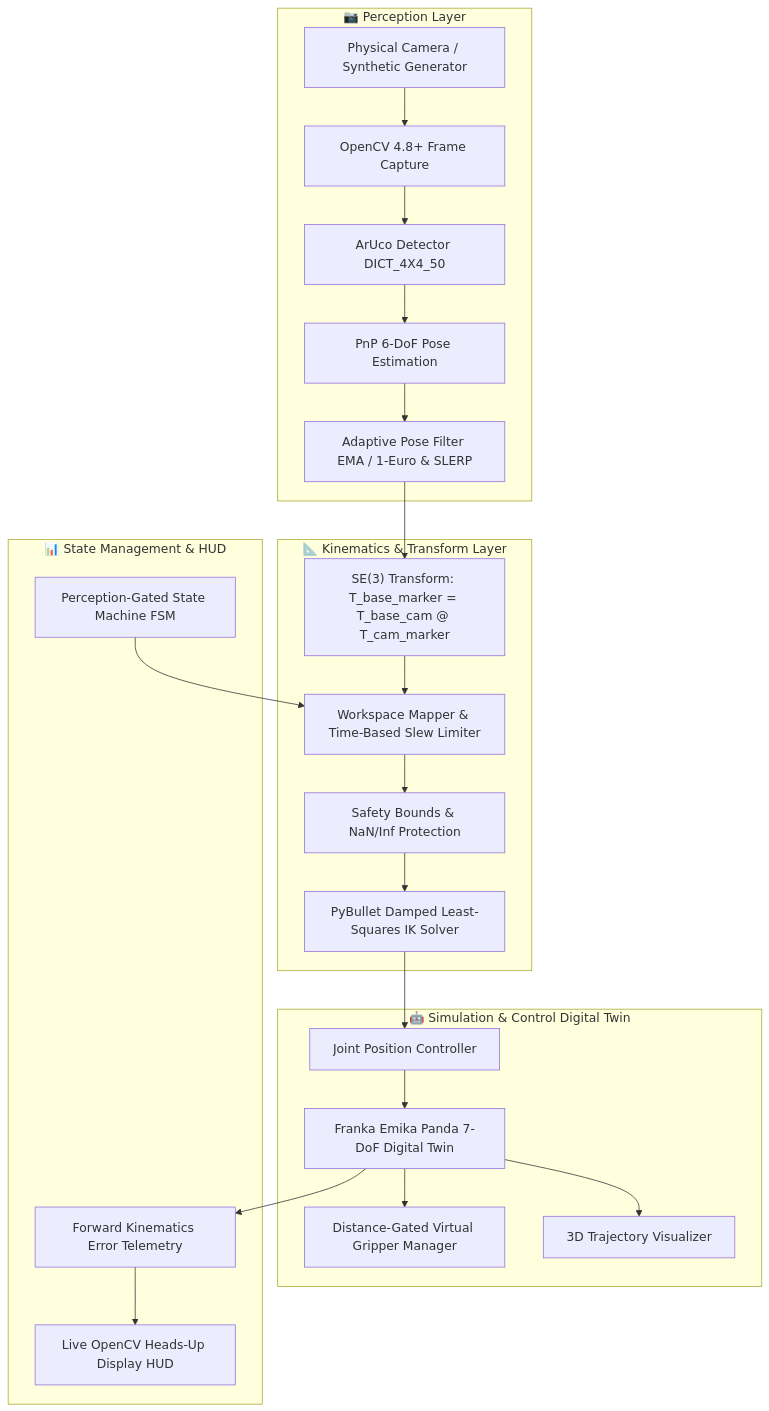
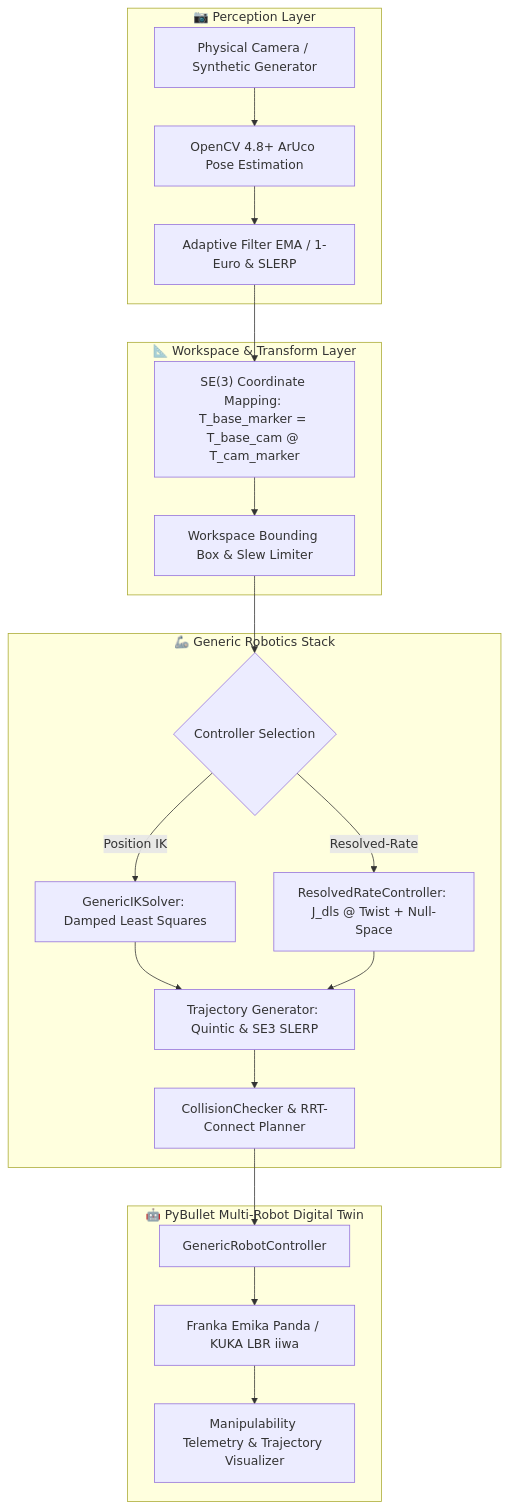
The diagram in README.md (Tanishk756/VisionRobotTwin), drawn with Mermaid before and after one commit. The commit also changed other lines of this file and 6 other files, not shown here.

Commit message:
Document v1.2 multi-robot robotics stack

````diff
--- a/README.md
+++ b/README.md
@@ -53,29 +48,27 @@
 ```mermaid
 flowchart TD
-    subgraph Perception Layer ["📷 Perception Layer"]
-        A[Physical Camera / Synthetic Generator] --> B[OpenCV 4.8+ Frame Capture]
-        B --> C[ArUco Detector DICT_4X4_50]
-        C --> D[PnP 6-DoF Pose Estimation]
-        D --> E[Adaptive Pose Filter EMA / 1-Euro & SLERP]
+    subgraph Perception ["📷 Perception Layer"]
+        A[Physical Camera / Synthetic Generator] --> B[OpenCV 4.8+ ArUco Pose Estimation]
+        B --> C[Adaptive Filter EMA / 1-Euro & SLERP]
     end
 
-    subgraph Kinematics & Transformation Layer ["📐 Kinematics & Transform Layer"]
-        E --> F["SE(3) Transform: T_base_marker = T_base_cam @ T_cam_marker"]
-        F --> G[Workspace Mapper & Time-Based Slew Limiter]
-        G --> H[Safety Bounds & NaN/Inf Protection]
-        H --> I[PyBullet Damped Least-Squares IK Solver]
+    subgraph Mapping ["📐 Workspace & Transform Layer"]
+        C --> D["SE(3) Coordinate Mapping: T_base_marker = T_base_cam @ T_cam_marker"]
+        D --> E[Workspace Bounding Box & Slew Limiter]
     end
 
-    subgraph Simulation & Control Layer ["🤖 Simulation & Control Digital Twin"]
-        I --> J[Joint Position Controller]
-        J --> K[Franka Emika Panda 7-DoF Digital Twin]
-        K --> L[Distance-Gated Virtual Gripper Manager]
-        K --> M[3D Trajectory Visualizer]
+    subgraph RoboticsStack ["🦾 Generic Robotics Stack"]
+        E --> F{Controller Selection}
+        F -->|Position IK| G[GenericIKSolver: Damped Least Squares]
+        F -->|Resolved-Rate| H[ResolvedRateController: J_dls @ Twist + Null-Space]
+        G --> I[Trajectory Generator: Quintic & SE3 SLERP]
+        H --> I
+        I --> J[CollisionChecker & RRT-Connect Planner]
     end
 
-    subgraph State Management & HUD ["📊 State Management & HUD"]
-        N[Perception-Gated State Machine FSM] --> G
-        K --> O[Forward Kinematics Error Telemetry]
-        O --> P[Live OpenCV Heads-Up Display HUD]
+    subgraph Execution ["🤖 PyBullet Multi-Robot Digital Twin"]
+        J --> K[GenericRobotController]
+        K --> L[Franka Emika Panda / KUKA LBR iiwa]
+        L --> M[Manipulability Telemetry & Trajectory Visualizer]
     end
 ```
````
